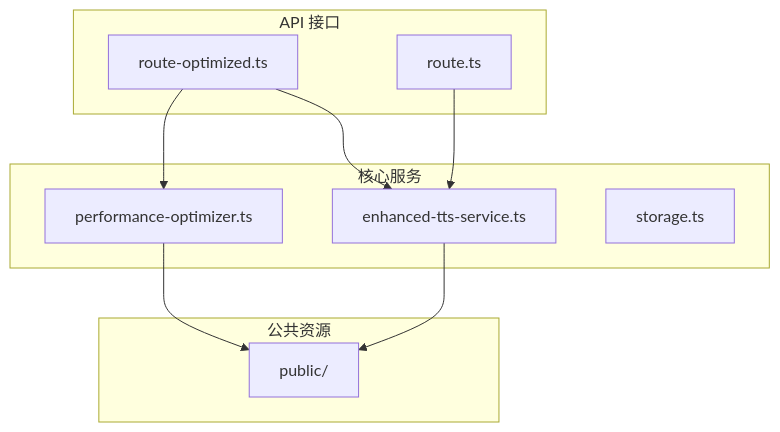
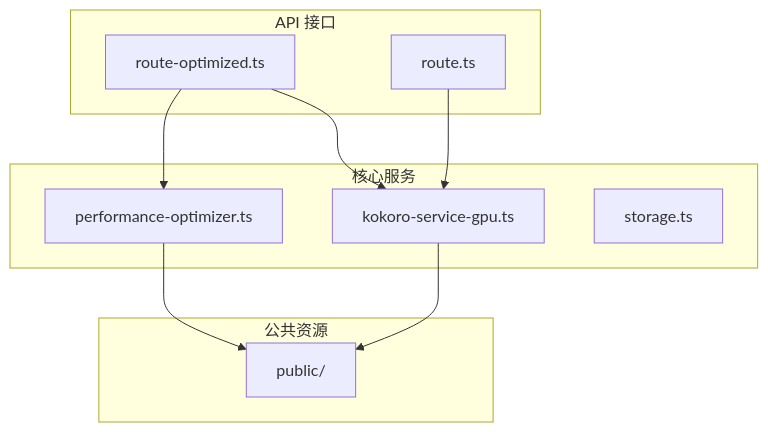
One commit to arthurlee116/english-listening-trainer changed the first of 4 diagrams in .qoder/repowiki/zh/content/后端API接口/语音合成API/优化路径与缓存机制.md. Above: the diagram before and after it, drawn with Mermaid. The commit also changed other lines of this file and 58 other files, not shown here.

````diff
--- a/.qoder/repowiki/zh/content/后端API接口/语音合成API/优化路径与缓存机制.md
+++ b/.qoder/repowiki/zh/content/后端API接口/语音合成API/优化路径与缓存机制.md
@@ -31,20 +30,20 @@
 ```mermaid
 graph TD
 subgraph "API 接口"
 A[route-optimized.ts]
 B[route.ts]
 end
 subgraph "核心服务"
-C[enhanced-tts-service.ts]
+C[kokoro-service-gpu.ts]
 D[performance-optimizer.ts]
 E[storage.ts]
 end
 subgraph "公共资源"
 F[public/]
 end
 A --> D
 A --> C
 B --> C
 C --> F
 D --> F
 ```
````
